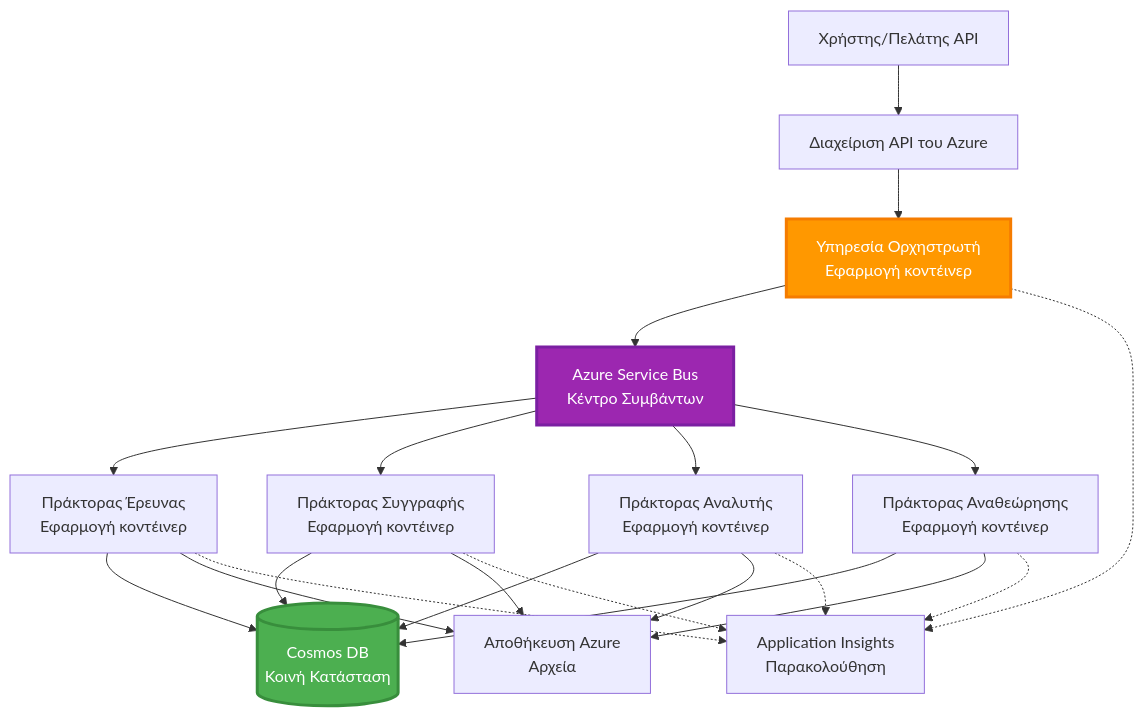
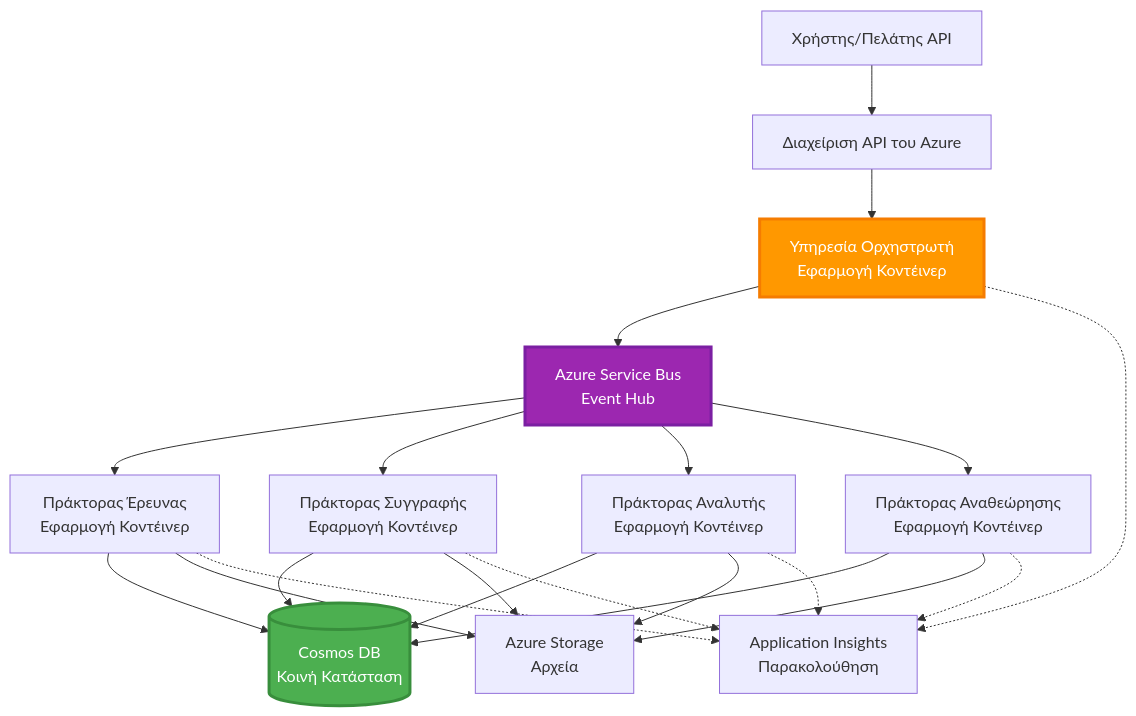
Before and after one commit to microsoft/AZD-for-beginners: the sixth of 6 diagrams in translations/el/docs/chapter-06-pre-deployment/coordination-patterns.md, drawn with Mermaid. The commit also changed other lines of this file and 101 other files, not shown here.

````diff
--- a/translations/el/docs/chapter-06-pre-deployment/coordination-patterns.md
+++ b/translations/el/docs/chapter-06-pre-deployment/coordination-patterns.md
@@ -272,45 +265,45 @@
 ```mermaid
 graph TB
     User[Χρήστης/Πελάτης API]
     APIM[Διαχείριση API του Azure]
-    Orchestrator[Υπηρεσία Ορχηστρωτή<br/>Εφαρμογή κοντέινερ]
-    ServiceBus[Azure Service Bus<br/>Κέντρο Συμβάντων]
+    Orchestrator[Υπηρεσία Ορχηστρωτή<br/>Εφαρμογή Κοντέινερ]
+    ServiceBus[Azure Service Bus<br/>Event Hub]
     
-    Agent1[Πράκτορας Έρευνας<br/>Εφαρμογή κοντέινερ]
-    Agent2[Πράκτορας Συγγραφής<br/>Εφαρμογή κοντέινερ]
-    Agent3[Πράκτορας Αναλυτής<br/>Εφαρμογή κοντέινερ]
-    Agent4[Πράκτορας Αναθεώρησης<br/>Εφαρμογή κοντέινερ]
+    Agent1[Πράκτορας Έρευνας<br/>Εφαρμογή Κοντέινερ]
+    Agent2[Πράκτορας Συγγραφής<br/>Εφαρμογή Κοντέινερ]
+    Agent3[Πράκτορας Αναλυτής<br/>Εφαρμογή Κοντέινερ]
+    Agent4[Πράκτορας Αναθεώρησης<br/>Εφαρμογή Κοντέινερ]
     
     CosmosDB[(Cosmos DB<br/>Κοινή Κατάσταση)]
-    Storage[Αποθήκευση Azure<br/>Αρχεία]
+    Storage[Azure Storage<br/>Αρχεία]
     AppInsights[Application Insights<br/>Παρακολούθηση]
     
     User --> APIM
     APIM --> Orchestrator
     
     Orchestrator --> ServiceBus
     ServiceBus --> Agent1
     ServiceBus --> Agent2
     ServiceBus --> Agent3
     ServiceBus --> Agent4
     
     Agent1 --> CosmosDB
     Agent2 --> CosmosDB
     Agent3 --> CosmosDB
     Agent4 --> CosmosDB
     
     Agent1 --> Storage
     Agent2 --> Storage
     Agent3 --> Storage
     Agent4 --> Storage
     
     Orchestrator -.-> AppInsights
     Agent1 -.-> AppInsights
     Agent2 -.-> AppInsights
     Agent3 -.-> AppInsights
     Agent4 -.-> AppInsights
     
     style Orchestrator fill:#FF9800,stroke:#F57C00,stroke-width:3px,color:#fff
     style ServiceBus fill:#9C27B0,stroke:#7B1FA2,stroke-width:3px,color:#fff
     style CosmosDB fill:#4CAF50,stroke:#388E3C,stroke-width:3px,color:#fff
 ```
````
